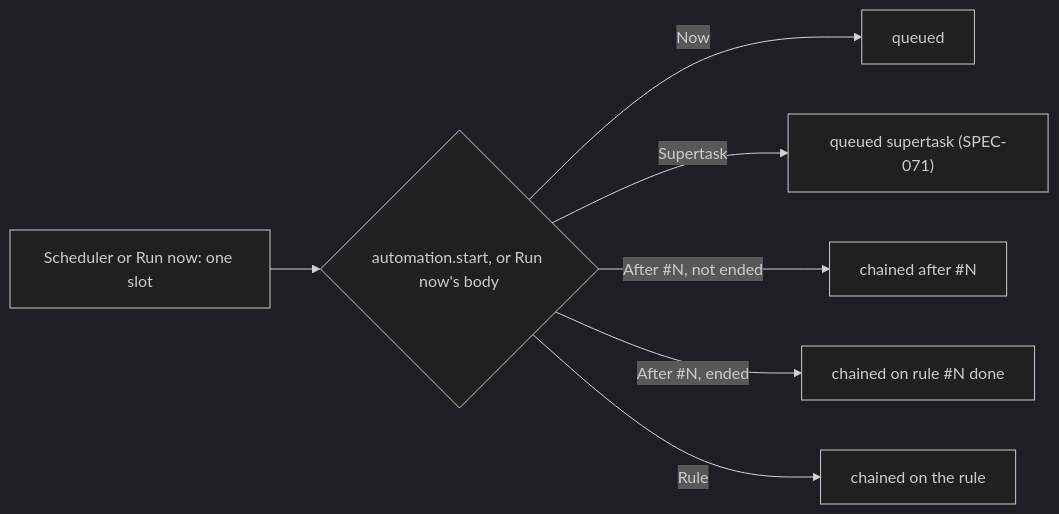
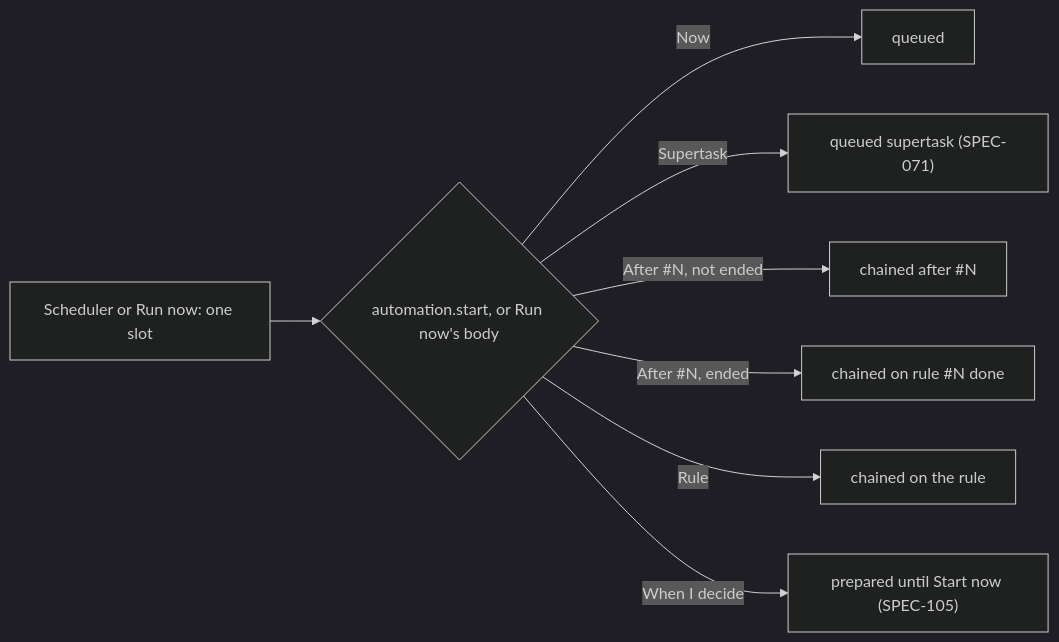
Before and after one commit to Quartio-Studio/yulius: diagram 23 of 31 in docs/architecture.md, drawn with Mermaid (dark theme). The commit also changed other lines of this file and 22 other files, not shown here.

First line of the commit message:
feat(automations): fix #416: automations can create prepared tasks ("When I decide") (#520)

````diff
--- a/docs/architecture.md
+++ b/docs/architecture.md
@@ -728,9 +731,10 @@
 ```mermaid
 flowchart LR
   RUN["Scheduler or Run now: one slot"] --> START{"automation.start, or Run now's body"}
   START -->|"Now"| Q["queued"]
   START -->|"Supertask"| ST["queued supertask (SPEC-071)"]
   START -->|"After #N, not ended"| CH["chained after #N"]
   START -->|"After #N, ended"| RD["chained on rule #N done"]
   START -->|"Rule"| RL["chained on the rule"]
+  START -->|"When I decide"| PR["prepared until Start now (SPEC-105)"]
 ```
````
